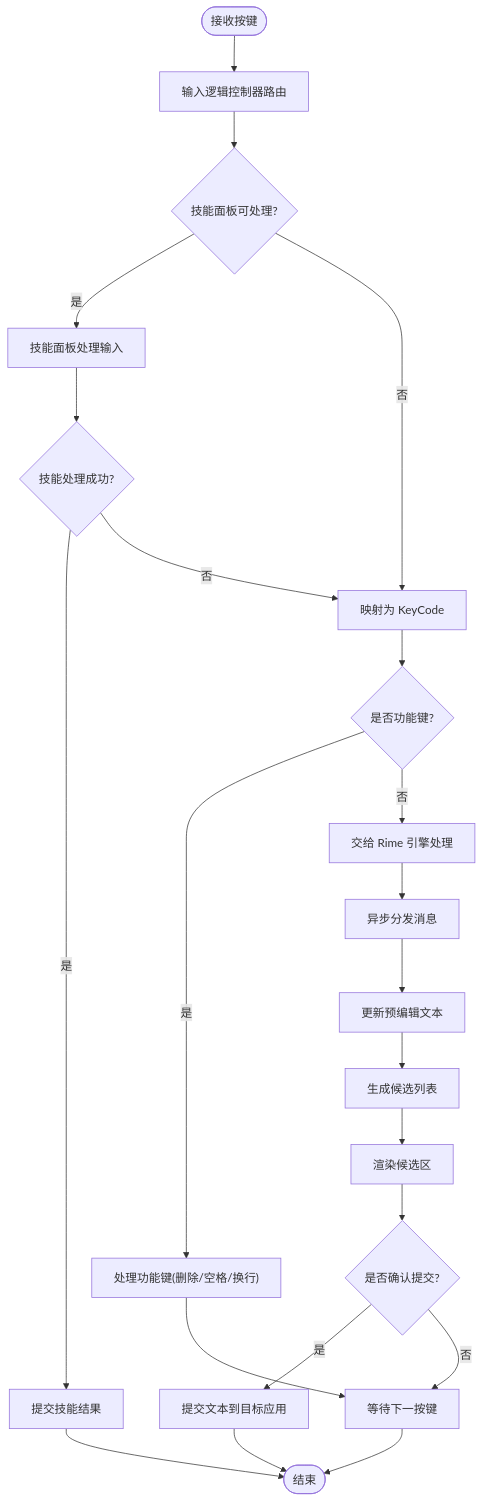
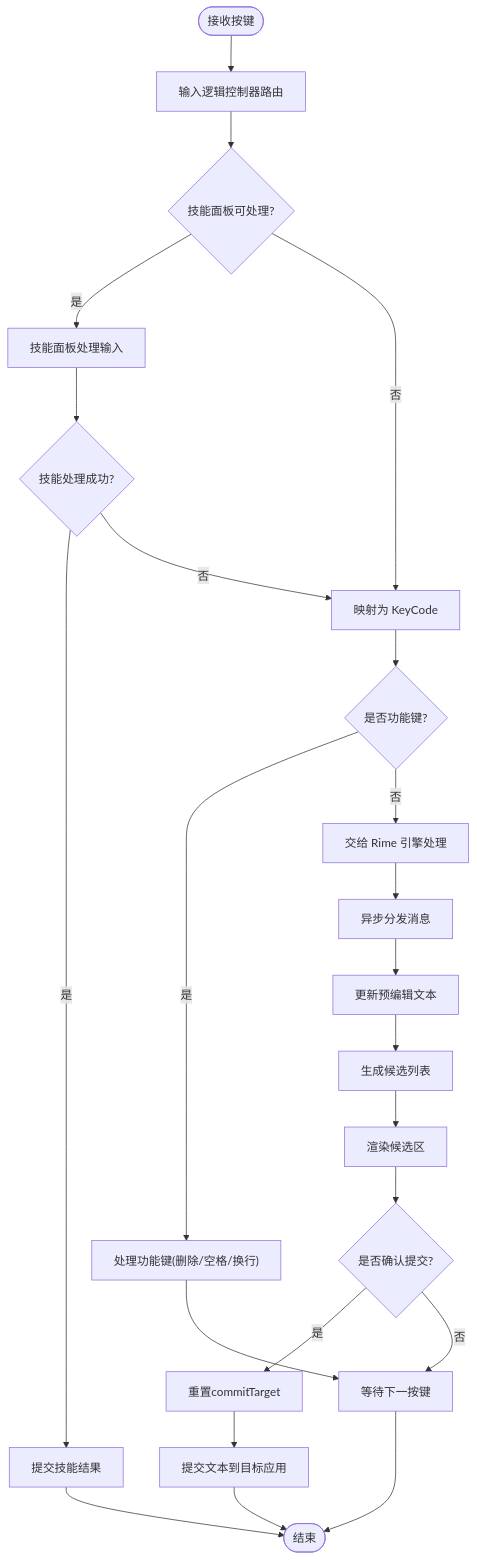
The fifth of 6 diagrams in .qoder/repowiki/zh/content/输入法服务.md (qiaodashaoye/ziyou-ime), drawn with Mermaid before and after one commit. The commit also changed other lines of this file and 11 other files, not shown here.

````diff
--- a/.qoder/repowiki/zh/content/输入法服务.md
+++ b/.qoder/repowiki/zh/content/输入法服务.md
@@ -399,24 +415,25 @@
 ```mermaid
 flowchart TD
 Start(["接收按键"]) --> RouteCheck["输入逻辑控制器路由"]
 RouteCheck --> SkillCheck{"技能面板可处理?"}
 SkillCheck --> |是| HandleSkill["技能面板处理输入"]
 SkillCheck --> |否| MapKey["映射为 KeyCode"]
 HandleSkill --> SkillResult{"技能处理成功?"}
 SkillResult --> |是| SubmitSkill["提交技能结果"]
 SkillResult --> |否| MapKey
 MapKey --> CheckSpecial{"是否功能键?"}
 CheckSpecial --> |是| HandleFunc["处理功能键(删除/空格/换行)"]
 CheckSpecial --> |否| ToRime["交给 Rime 引擎处理"]
 ToRime --> AsyncDispatch["异步分发消息"]
 AsyncDispatch --> UpdatePreedit["更新预编辑文本"]
 UpdatePreedit --> GenerateCandidates["生成候选列表"]
 GenerateCandidates --> RenderUI["渲染候选区"]
 RenderUI --> CommitCheck{"是否确认提交?"}
-CommitCheck --> |是| Submit["提交文本到目标应用"]
+CommitCheck --> |是| ResetTarget["重置commitTarget"]
+ResetTarget --> Submit["提交文本到目标应用"]
 CommitCheck --> |否| WaitNext["等待下一按键"]
 HandleFunc --> WaitNext
 SubmitSkill --> End(["结束"])
 WaitNext --> End
 Submit --> End
 ```
````
